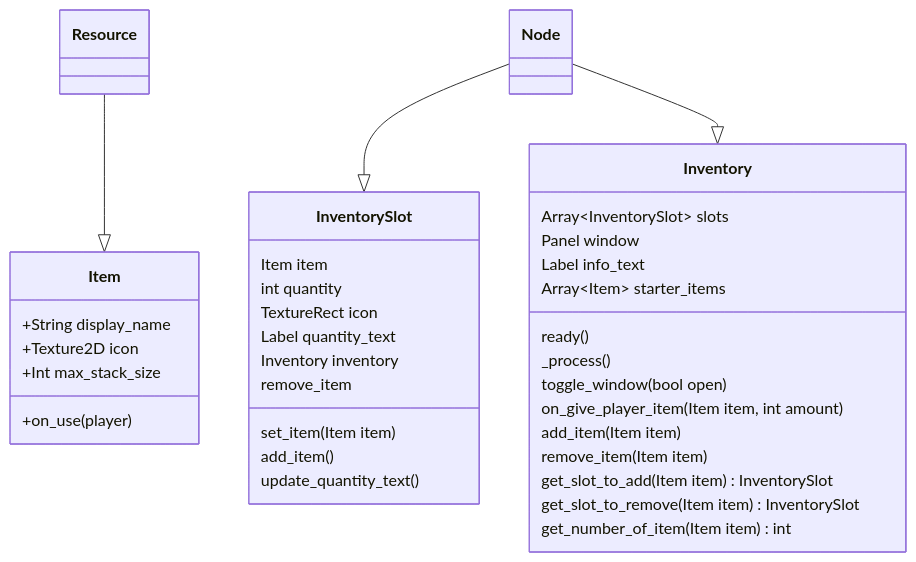
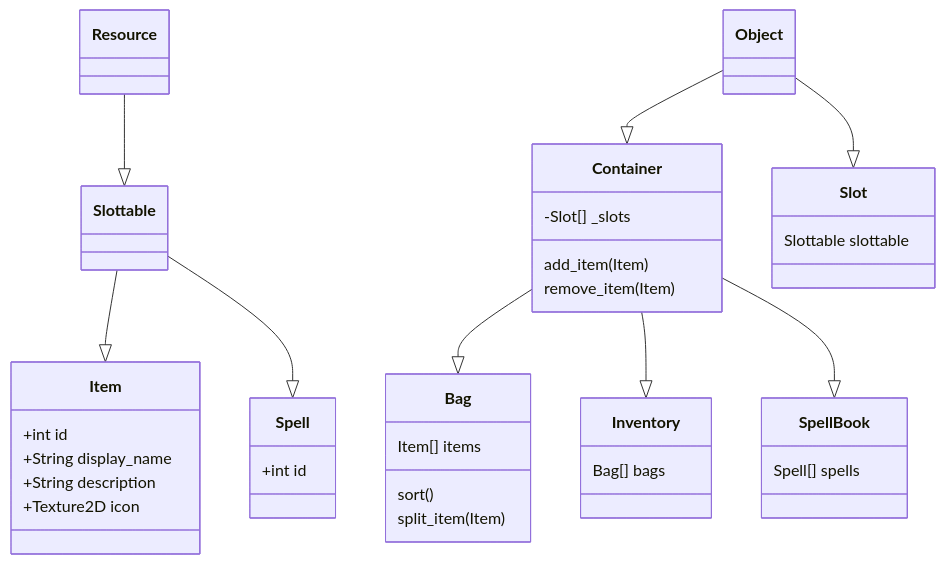
Before and after one commit to arnoldblake/godot-3d-multiplayer-template: the diagram in docs/inventory.md, drawn with Mermaid.

Commit message:
refactor: Update inventory documentation to reflect new class structure and relationships

```diff
--- a/docs/inventory.md
+++ b/docs/inventory.md
@@ -4,39 +4,49 @@
 ::: mermaid
 classDiagram
-    Resource --|> Item
-    Node --|> InventorySlot
-    Node --|> Inventory
-    class Item {
-        +String     display_name
-        +Texture2D  icon
-        +Int        max_stack_size
-        +on_use(player)
+    Resource --|> Slottable
+    class Slottable {
+
     }
 
-    class InventorySlot {
-        Item item
-        int quantity
-        TextureRect icon
-        Label quantity_text
-        Inventory inventory
-        set_item(Item item)
-        add_item()
-        remove_item
-        update_quantity_text()
+    Slottable --|> Item
+    class Item {
+        +int id
+        +String display_name
+        +String description
+        +Texture2D icon
     }
+
+    Slottable --|> Spell
+    class Spell {
+        +int id
+    }
+
+    Object --|> Container
+    class Container {
+        -Slot[] _slots
+        add_item(Item)
+        remove_item(Item)
+    }
+    
+    Container --|> Bag
+    class Bag {
+        Item[] items
+        sort()
+        split_item(Item)
+    }
+
+    Object --|> Slot
+    class Slot {
+        Slottable slottable
+    }
+
+    Container --|> Inventory
     class Inventory {
-        Array~InventorySlot~ slots
-        Panel window
-        Label info_text
-        Array~Item~ starter_items
-        ready()
-        _process()
-        toggle_window(bool open)
-        on_give_player_item(Item item, int amount)
-        add_item(Item item)
-        remove_item(Item item)
-        get_slot_to_add(Item item) InventorySlot
-        get_slot_to_remove(Item item) InventorySlot
-        get_number_of_item(Item item) int
+        Bag[] bags
+    }
+
+    Container --|> SpellBook
+    class SpellBook {
+        Spell[] spells
     }
 ::: 
```
